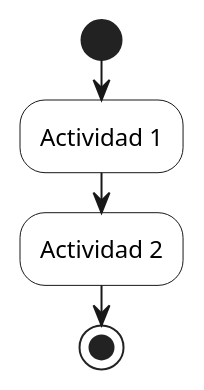
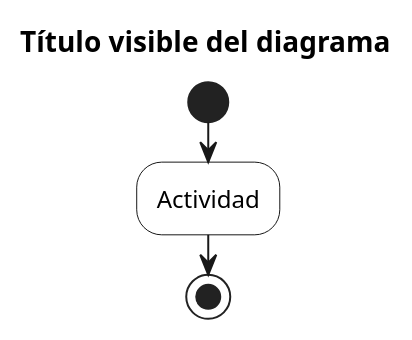
One commit to GonzaloBarbano/E-commerce changed the first of 5 diagrams in docs/05-diagramas/01-diagrama-de-actividades/diagramas-doc.md. Above: the diagram before and after it, drawn with PlantUML. The commit also changed other lines of this file and 11 other files, not shown here.

````diff
--- a/docs/05-diagramas/01-diagrama-de-actividades/diagramas-doc.md
+++ b/docs/05-diagramas/01-diagrama-de-actividades/diagramas-doc.md
@@ -384,11 +166,10 @@
-```puml
+```plantuml
 @startuml nombre-del-diagrama
-' Configuración visual
+title Título visible del diagrama
 skinparam ActivityBackgroundColor #FFFFFF
 
 start
-:Actividad 1;
-:Actividad 2;
+:Actividad;
 stop
 @enduml
 ```
````
